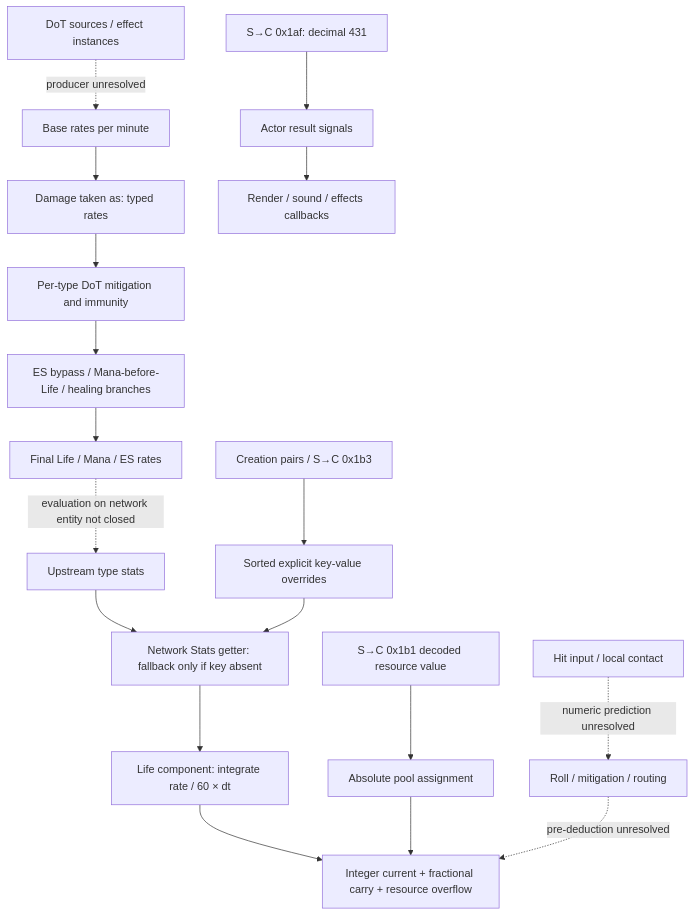
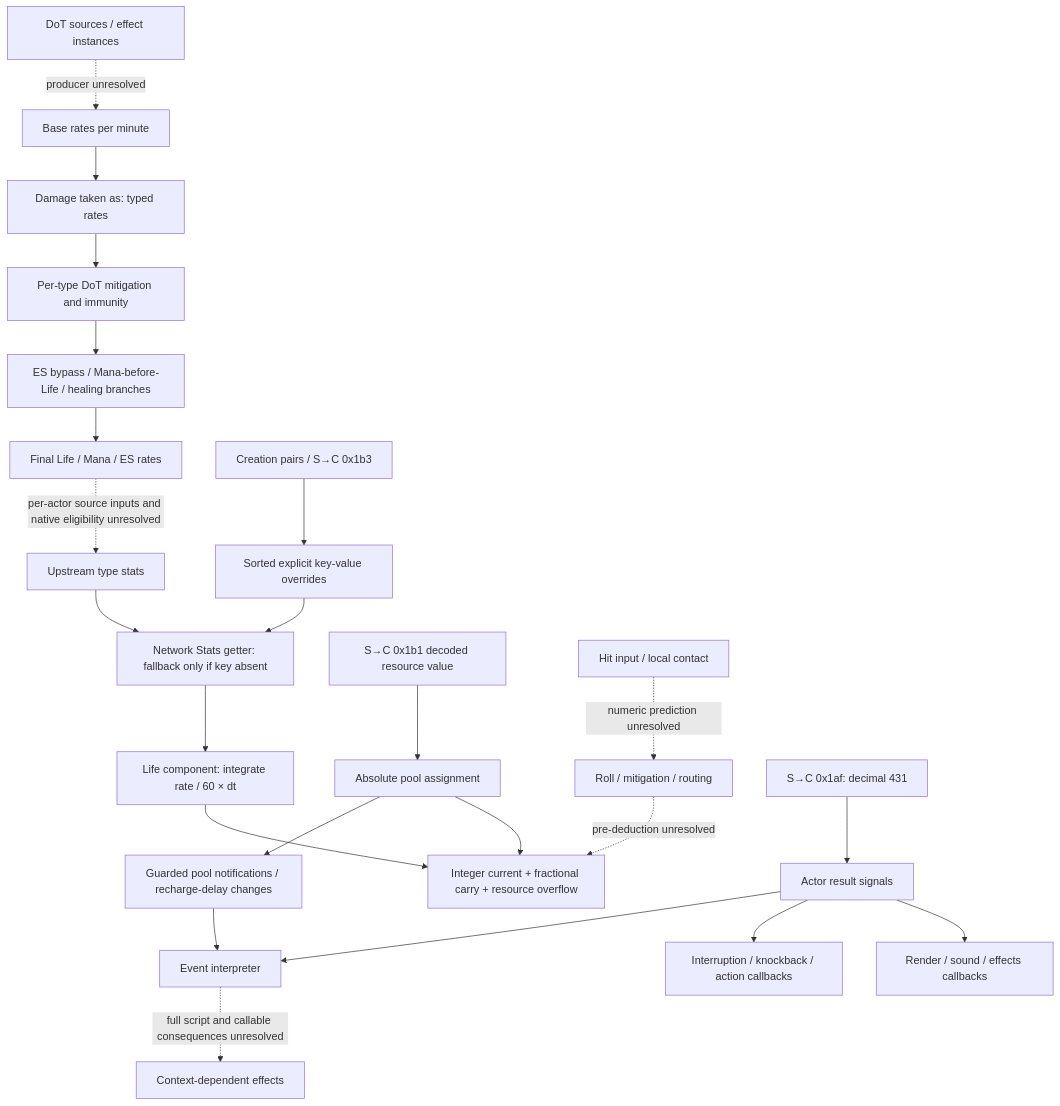
The diagram in Agents/docs/re/client-damage-calculation.md (LiuJi-Jim/LocalExile), drawn with Mermaid before and after one commit. The commit also changed other lines of this file and 15 other files, not shown here.

````diff
--- a/Agents/docs/re/client-damage-calculation.md
+++ b/Agents/docs/re/client-damage-calculation.md
@@ -55,20 +67,25 @@
 ```mermaid
 flowchart TD
   SOURCES[DoT sources / effect instances] -. producer unresolved .-> RAW[Base rates per minute]
   RAW --> AS[Damage taken as: typed rates]
   AS --> MIT[Per-type DoT mitigation and immunity]
   MIT --> ROUTE[ES bypass / Mana-before-Life / healing branches]
   ROUTE --> FINAL[Final Life / Mana / ES rates]
-  FINAL -. evaluation on network entity not closed .-> TYPE[Upstream type stats]
+  FINAL -. per-actor source inputs and native eligibility unresolved .-> TYPE[Upstream type stats]
   TYPE --> GET[Network Stats getter: fallback only if key absent]
   NET[Creation pairs / S→C 0x1b3] --> OVERRIDE[Sorted explicit key-value overrides]
   OVERRIDE --> GET
   GET --> TICK[Life component: integrate rate / 60 × dt]
   TICK --> POOL[Integer current + fractional carry + resource overflow]
   CORRECTION[S→C 0x1b1 decoded resource value] --> SETTER[Absolute pool assignment]
   SETTER --> POOL
+  SETTER --> NOTIFY[Guarded pool notifications / recharge-delay changes]
   HIT[Hit input / local contact] -. numeric prediction unresolved .-> HITCALC[Roll / mitigation / routing]
   HITCALC -. pre-deduction unresolved .-> POOL
   FEEDBACK[S→C 0x1af: decimal 431] --> ACTOR[Actor result signals]
   ACTOR --> RENDER[Render / sound / effects callbacks]
+  ACTOR --> CONTROL[Interruption / knockback / action callbacks]
+  ACTOR --> EVENT[Event interpreter]
+  NOTIFY --> EVENT
+  EVENT -. full script and callable consequences unresolved .-> EFFECTS[Context-dependent effects]
 ```
````
